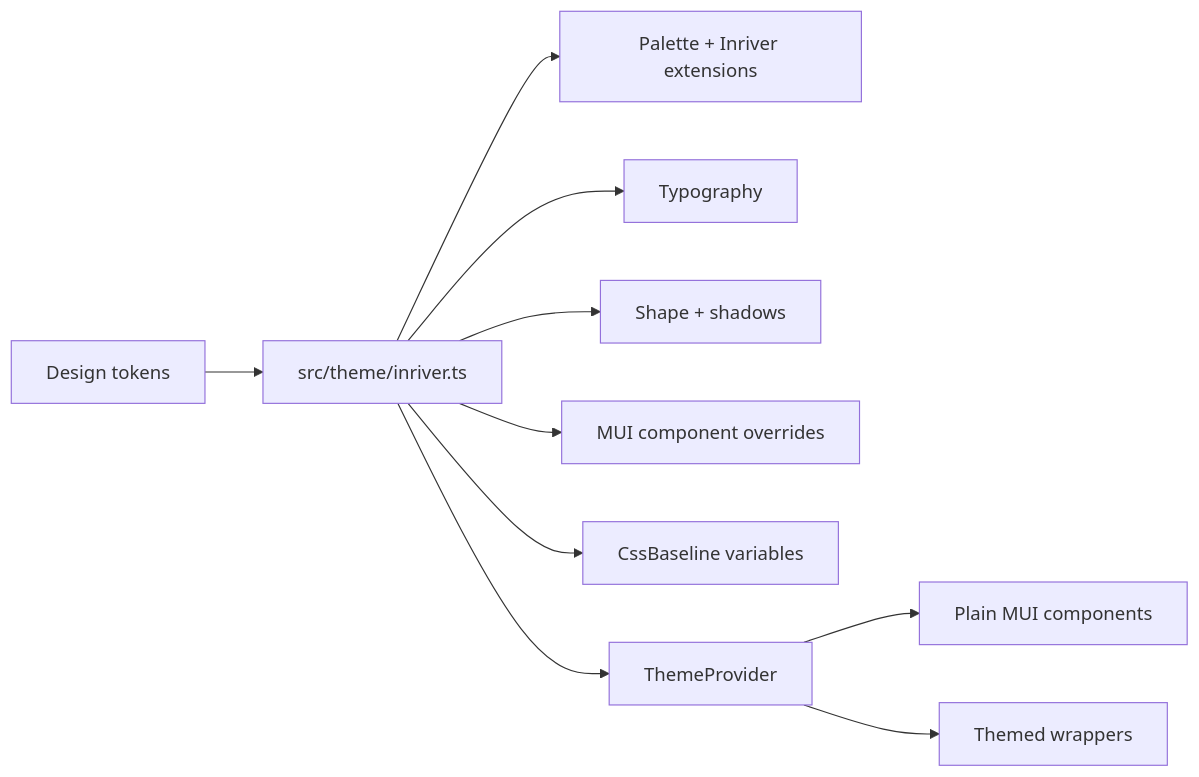
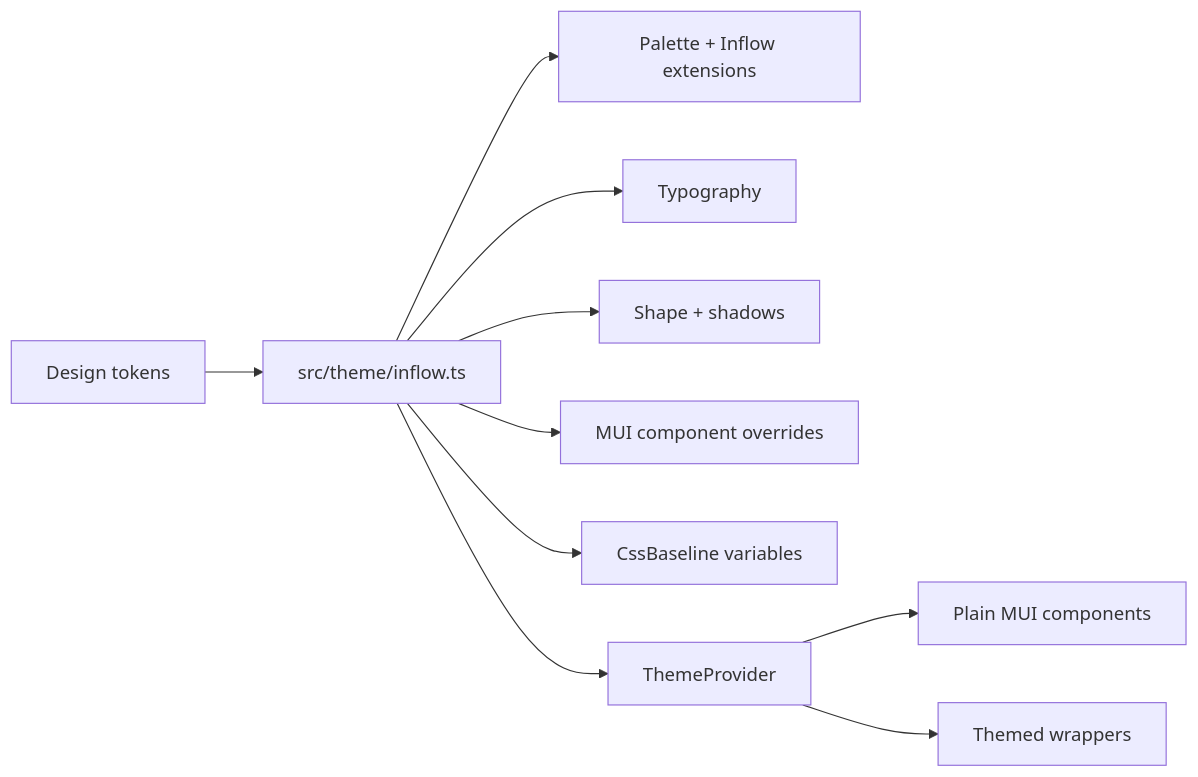
One commit to inRiver/inflow-react changed the second of 3 diagrams in docs/ARCHITECTURE.md. Above: the diagram before and after it, drawn with Mermaid. The commit also changed other lines of this file and 12 other files, not shown here.

````diff
--- a/docs/ARCHITECTURE.md
+++ b/docs/ARCHITECTURE.md
@@ -61,13 +61,13 @@
 ```mermaid
 flowchart LR
-  Tokens["Design tokens"] --> Theme["src/theme/inriver.ts"]
-  Theme --> Palette["Palette + Inriver extensions"]
+  Tokens["Design tokens"] --> Theme["src/theme/inflow.ts"]
+  Theme --> Palette["Palette + Inflow extensions"]
   Theme --> Typography["Typography"]
   Theme --> Shape["Shape + shadows"]
   Theme --> Overrides["MUI component overrides"]
   Theme --> Baseline["CssBaseline variables"]
 
   Theme --> Provider["ThemeProvider"]
   Provider --> Mui["Plain MUI components"]
   Provider --> Wrappers["Themed wrappers"]
 ```
````
